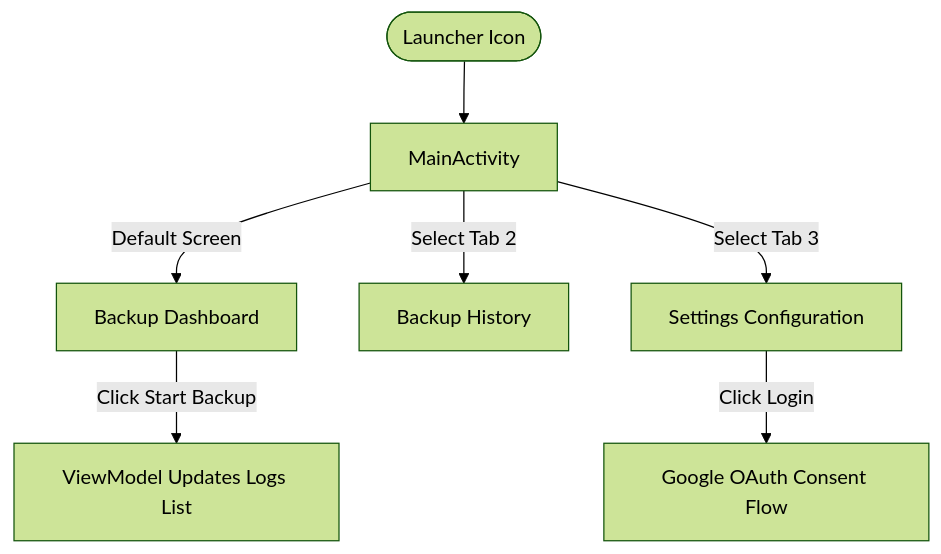
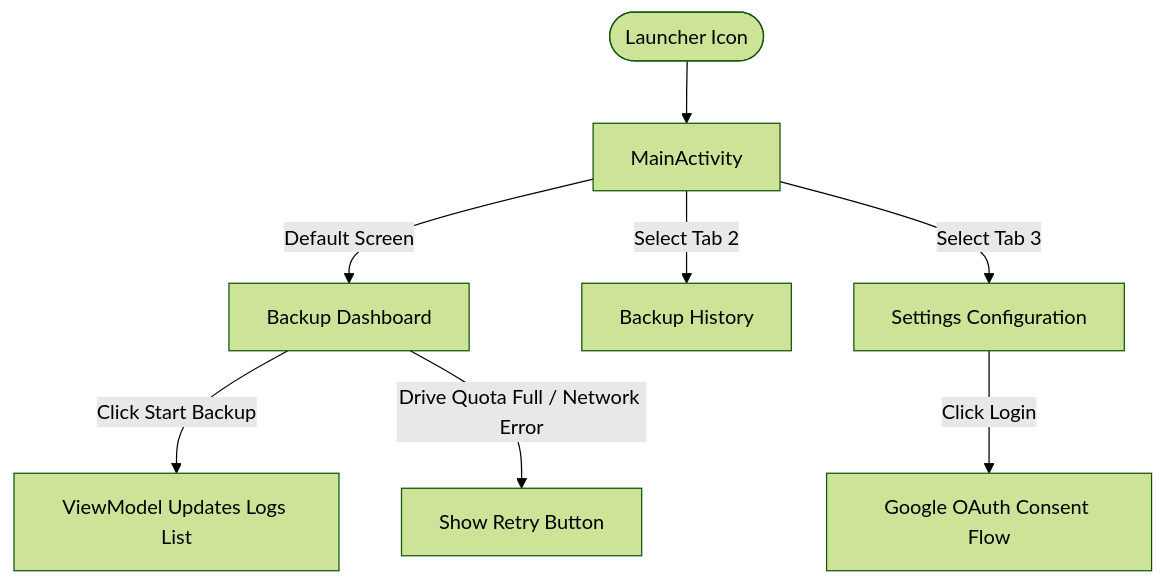
One commit to nandakumar-nandu/WABackupPro changed the diagram in SCREENTOUR.md. Above: the diagram before and after it, drawn with Mermaid (forest theme). The commit also changed other lines of this file and 10 other files, not shown here.

````diff
--- a/SCREENTOUR.md
+++ b/SCREENTOUR.md
@@ -60,10 +55,11 @@
 ```mermaid
 graph TD
     Launcher([Launcher Icon]) --> MainActivity[MainActivity]
     MainActivity -->|Default Screen| BackupFragment[Backup Dashboard]
     MainActivity -->|Select Tab 2| HistoryFragment[Backup History]
     MainActivity -->|Select Tab 3| SettingsFragment[Settings Configuration]
     
     BackupFragment -->|Click Start Backup| LogView[ViewModel Updates Logs List]
+    BackupFragment -->|Drive Quota Full / Network Error| RetryButton[Show Retry Button]
     SettingsFragment -->|Click Login| GoogleConsent[Google OAuth Consent Flow]
 ```
````
